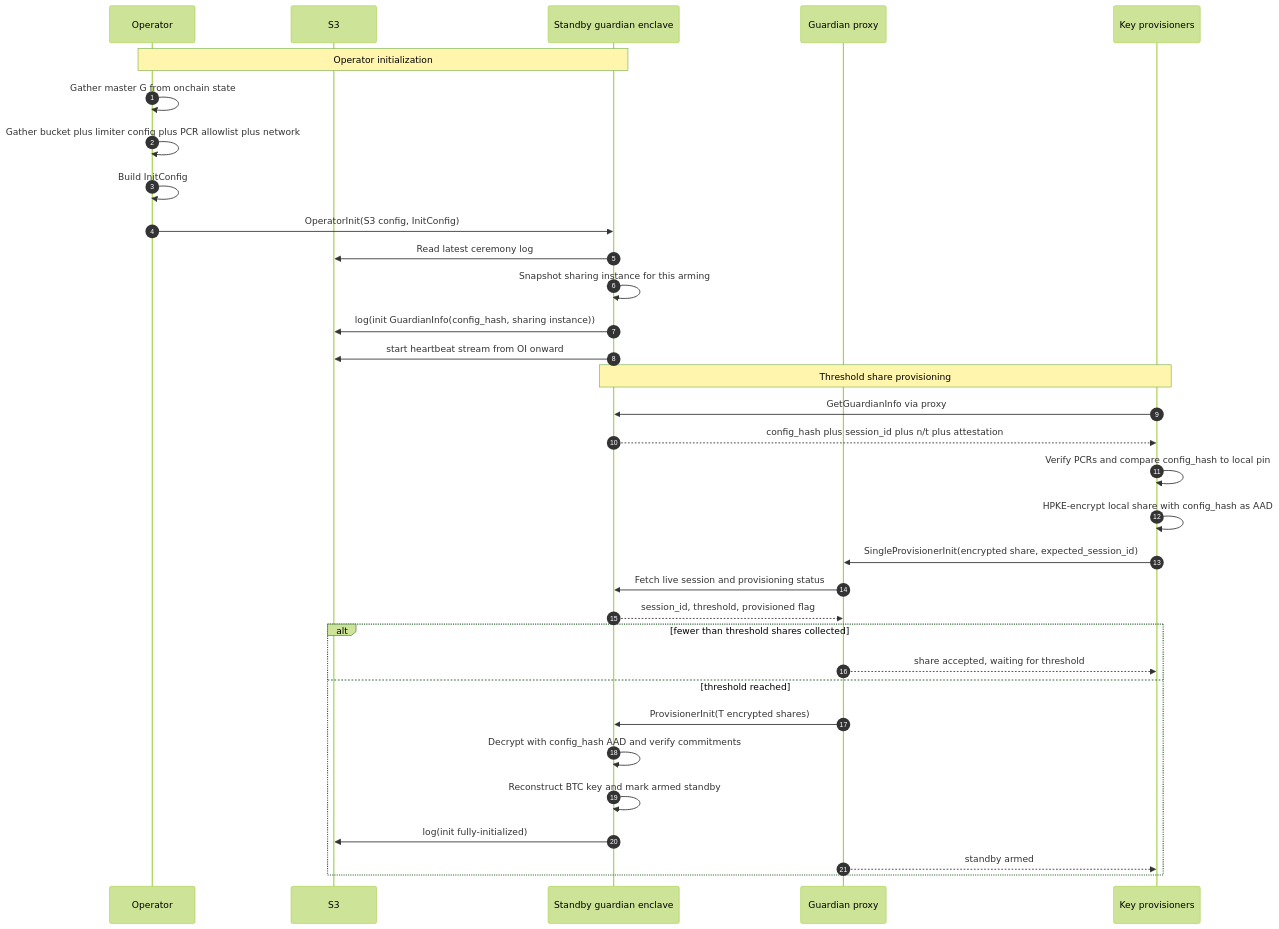
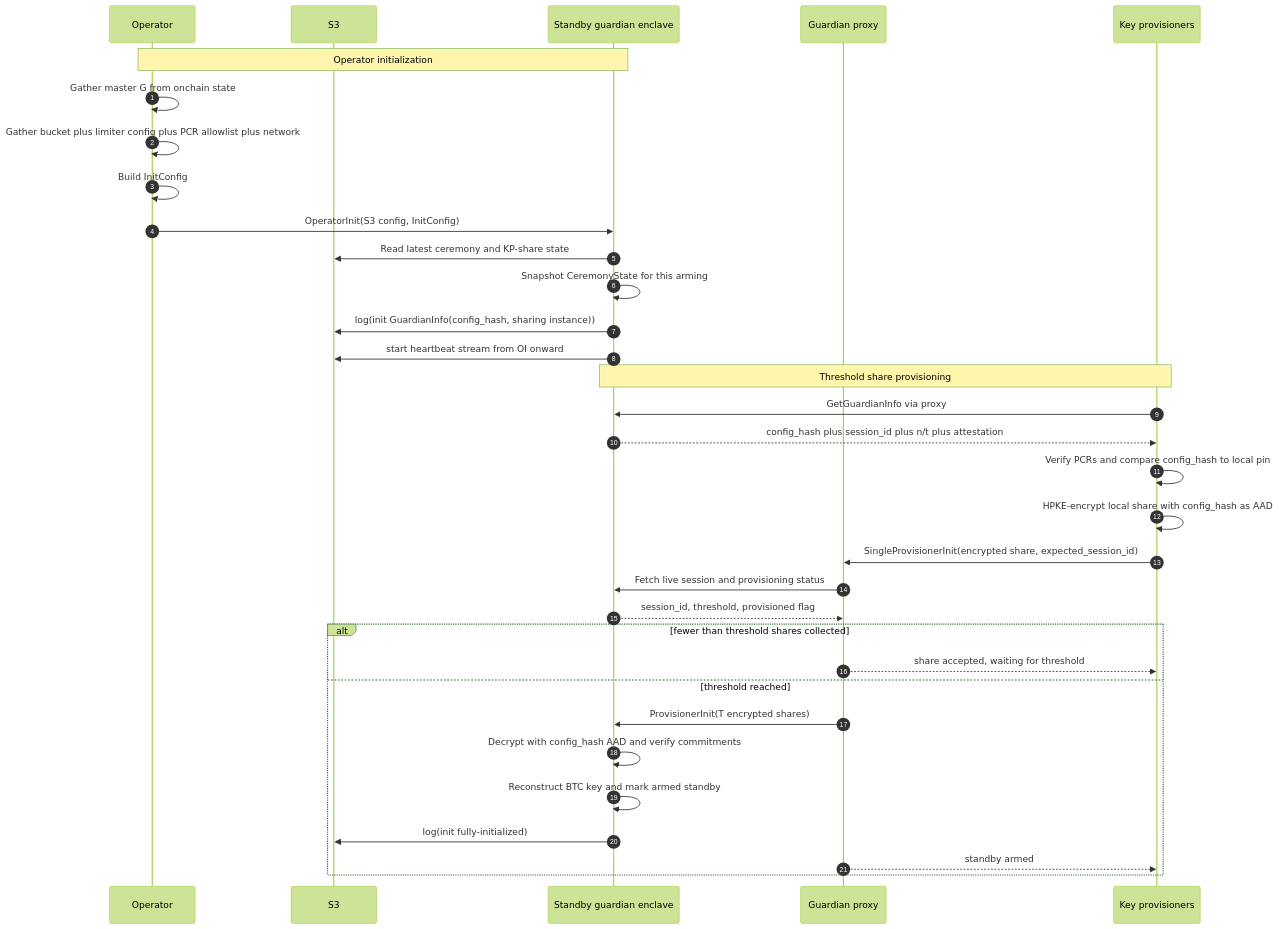
Before and after one commit to MystenLabs/hashi: the second of 4 diagrams in design/docs/guardian.mdx, drawn with Mermaid (forest theme). The commit also changed other lines of this file and 3 other files, not shown here.

Commit message:
[Guardian] Document pinned ceremony state

````diff
--- a/design/docs/guardian.mdx
+++ b/design/docs/guardian.mdx
@@ -77,38 +77,38 @@
 ```mermaid
 sequenceDiagram
     autonumber
 
     participant Operator
     participant S3
     participant Guardian as Standby guardian enclave
     participant Proxy as Guardian proxy
     participant KPs as Key provisioners
 
     Note over Operator,Guardian: Operator initialization
     Operator->>Operator: Gather master G from onchain state
     Operator->>Operator: Gather bucket plus limiter config plus PCR allowlist plus network
     Operator->>Operator: Build InitConfig
     Operator->>Guardian: OperatorInit(S3 config, InitConfig)
-    Guardian->>S3: Read latest ceremony log
-    Guardian->>Guardian: Snapshot sharing instance for this arming
+    Guardian->>S3: Read latest ceremony and KP-share state
+    Guardian->>Guardian: Snapshot CeremonyState for this arming
     Guardian->>S3: log(init GuardianInfo(config_hash, sharing instance))
     Guardian->>S3: start heartbeat stream from OI onward
 
     Note over KPs,Guardian: Threshold share provisioning
     KPs->>Guardian: GetGuardianInfo via proxy
     Guardian-->>KPs: config_hash plus session_id plus n/t plus attestation
     KPs->>KPs: Verify PCRs and compare config_hash to local pin
     KPs->>KPs: HPKE-encrypt local share with config_hash as AAD
     KPs->>Proxy: SingleProvisionerInit(encrypted share, expected_session_id)
     Proxy->>Guardian: Fetch live session and provisioning status
     Guardian-->>Proxy: session_id, threshold, provisioned flag
     alt fewer than threshold shares collected
         Proxy-->>KPs: share accepted, waiting for threshold
     else threshold reached
         Proxy->>Guardian: ProvisionerInit(T encrypted shares)
         Guardian->>Guardian: Decrypt with config_hash AAD and verify commitments
         Guardian->>Guardian: Reconstruct BTC key and mark armed standby
         Guardian->>S3: log(init fully-initialized)
         Proxy-->>KPs: standby armed
     end
 ```
````
